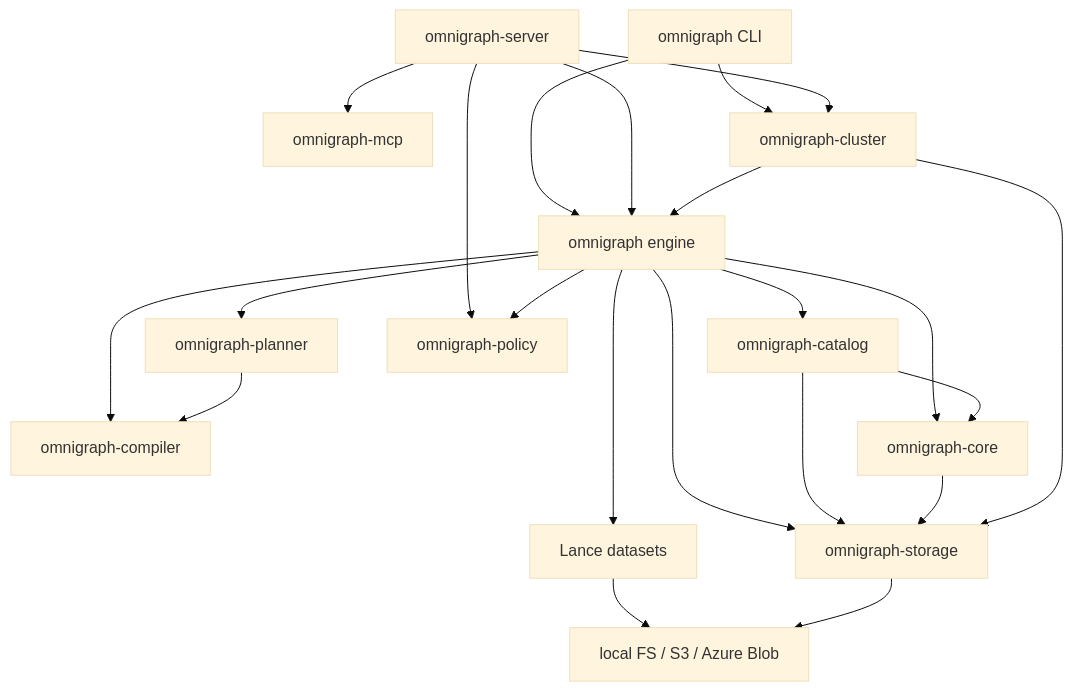
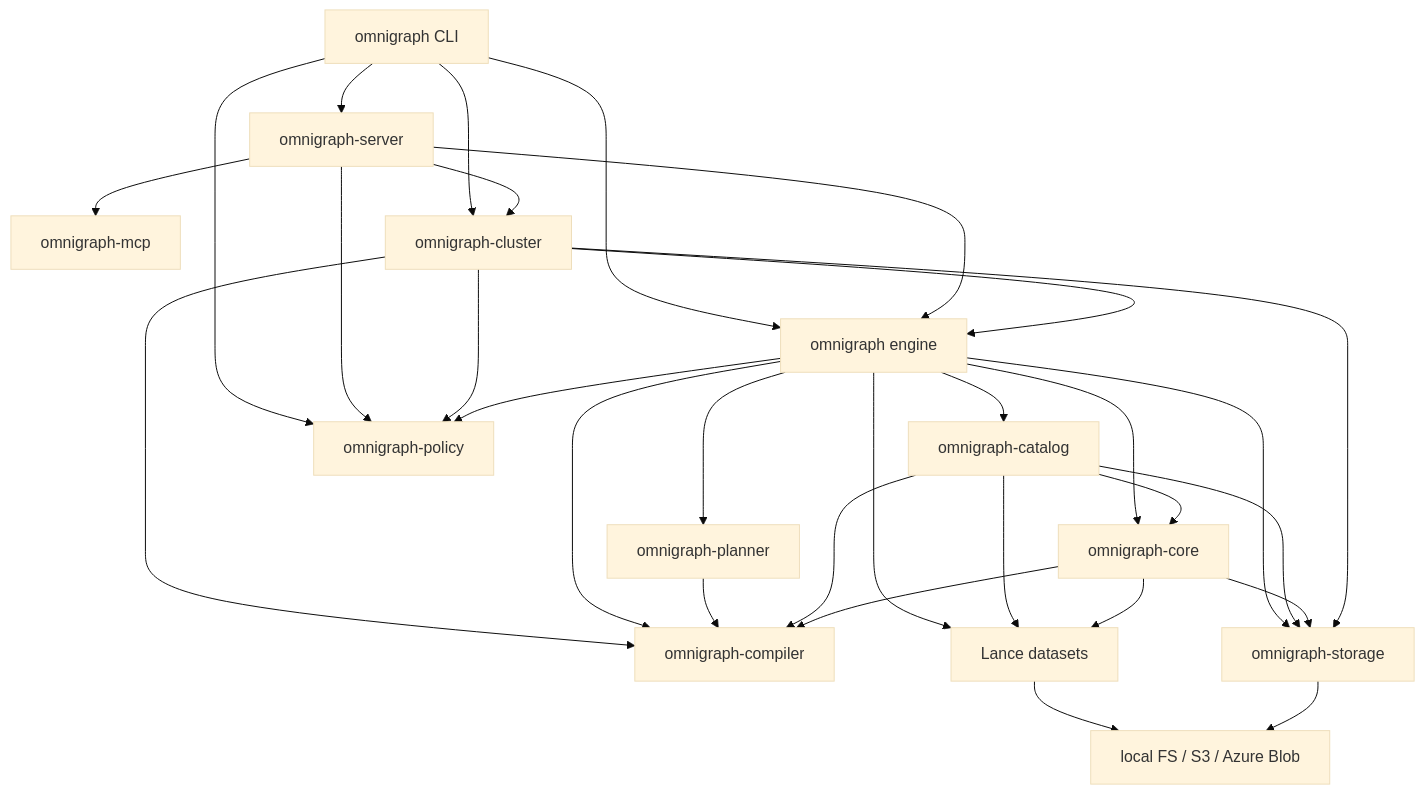
One commit to ModernRelay/omnigraph changed the diagram in docs/dev/architecture.md. Above: the diagram before and after it, drawn with Mermaid (base theme). The commit also changed other lines of this file and 21 other files, not shown here.

````diff
--- a/docs/dev/architecture.md
+++ b/docs/dev/architecture.md
@@ -15,38 +15,49 @@
 ```mermaid
 flowchart TB
     CLI[omnigraph CLI]
     HTTP[omnigraph-server]
     MCP[omnigraph-mcp]
     CLUSTER[omnigraph-cluster]
     COMPILER[omnigraph-compiler]
     PLANNER[omnigraph-planner]
     ENGINE[omnigraph engine]
     CATALOG[omnigraph-catalog]
     CORE[omnigraph-core]
     POLICY[omnigraph-policy]
     STORAGE[omnigraph-storage]
     LANCE[Lance datasets]
     OBJECTS[local FS / S3 / Azure Blob]
 
-    CLI --> CLUSTER
+        CLI --> CLUSTER
     CLI --> ENGINE
+    CLI --> HTTP
+    CLI --> POLICY
+
     HTTP --> ENGINE
     HTTP --> CLUSTER
     HTTP --> POLICY
     HTTP --> MCP
-    CLUSTER --> ENGINE
+        CLUSTER --> ENGINE
+    CLUSTER --> POLICY
+    CLUSTER --> COMPILER
+
     ENGINE --> COMPILER
     ENGINE --> PLANNER
     PLANNER --> COMPILER
     ENGINE --> POLICY
     ENGINE --> STORAGE
     ENGINE --> CATALOG
     ENGINE --> CORE
-    CATALOG --> CORE
+        CATALOG --> CORE
     CATALOG --> STORAGE
+    CATALOG --> COMPILER
     CORE --> STORAGE
+    CORE --> COMPILER
     ENGINE --> LANCE
+    CATALOG --> LANCE
+    CORE --> LANCE
+
     CLUSTER --> STORAGE
     LANCE --> OBJECTS
     STORAGE --> OBJECTS
 ```
````
